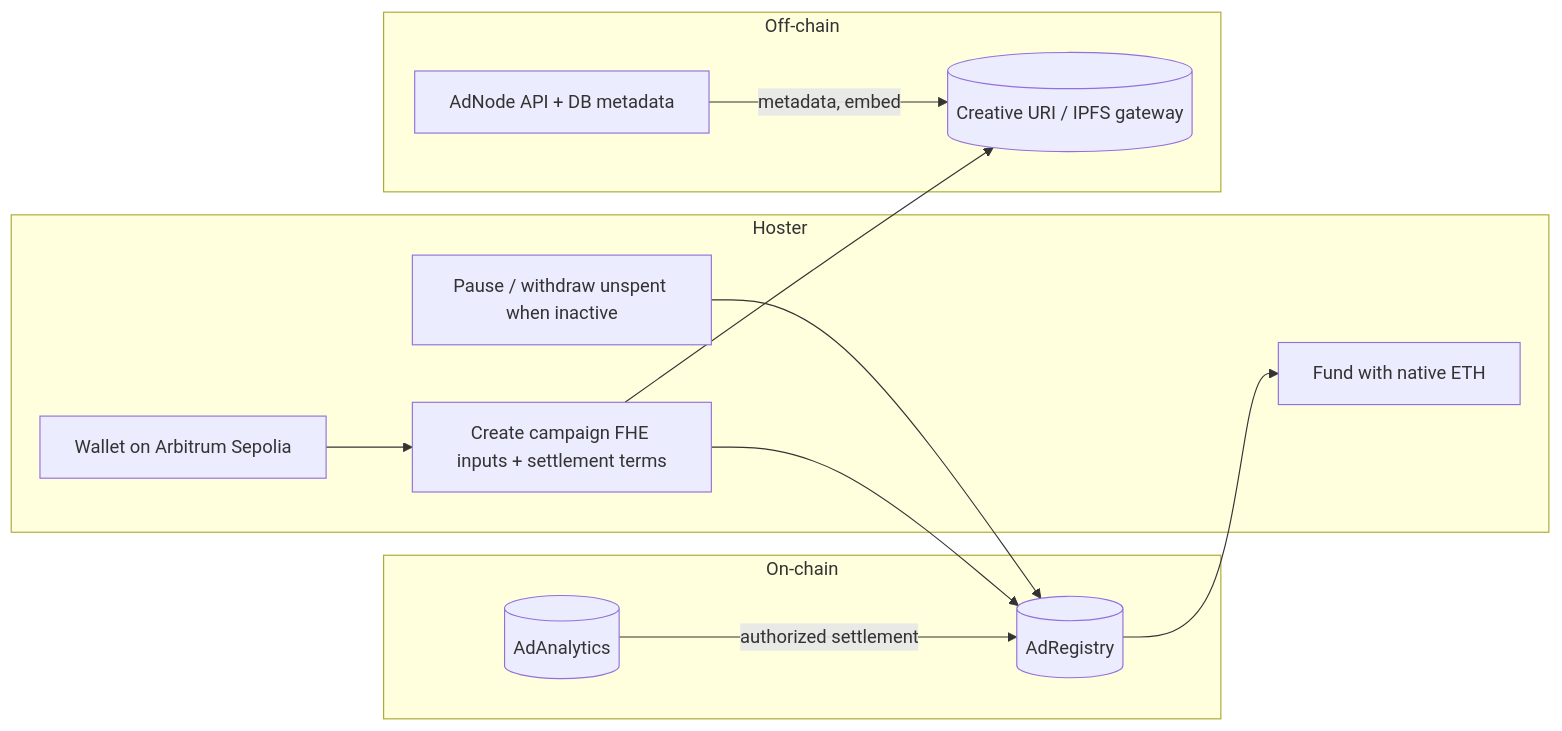
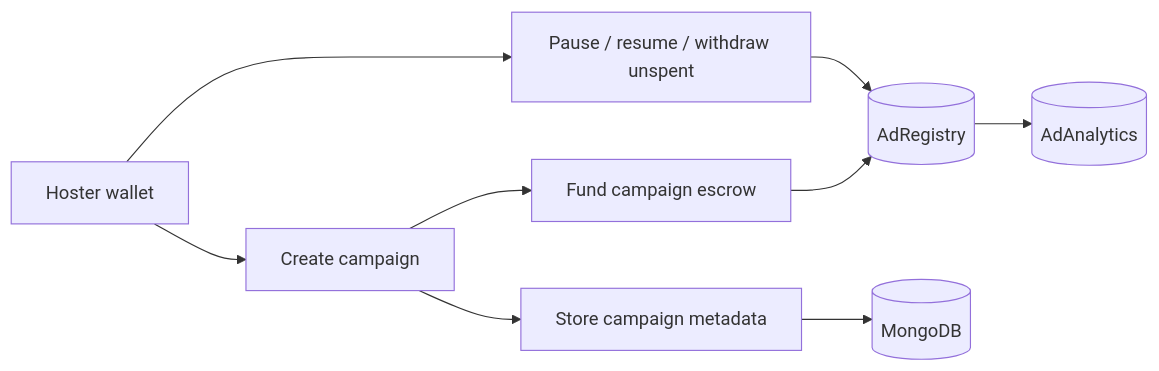
Before and after one commit to anikeaty08/adNod: the first of 3 diagrams in README.md, drawn with Mermaid. The commit also changed other lines of this file and 9 other files, not shown here.

````diff
--- a/README.md
+++ b/README.md
@@ -28,23 +31,11 @@
 ```mermaid
 flowchart LR
-  subgraph Hoster["Hoster"]
-    H1[Wallet on Arbitrum Sepolia]
-    H2[Create campaign FHE inputs + settlement terms]
-    H3[Fund with native ETH]
-    H4[Pause / withdraw unspent when inactive]
-  end
-  subgraph Chain["On-chain"]
-    AR[(AdRegistry)]
-    AA[(AdAnalytics)]
-  end
-  subgraph Offchain["Off-chain"]
-    API[AdNode API + DB metadata]
-    IPFS[(Creative URI / IPFS gateway)]
-  end
-  H1 --> H2 --> AR
-  H2 --> IPFS
-  AR --> H3
-  API -->|metadata, embed| IPFS
-  AA -->|authorized settlement| AR
-  H4 --> AR
+  H[Hoster wallet] --> C[Create campaign]
+  C --> F[Fund campaign escrow]
+  C --> M[Store campaign metadata]
+  F --> R[(AdRegistry)]
+  M --> DB[(MongoDB)]
+  R --> A[(AdAnalytics)]
+  H --> W[Pause / resume / withdraw unspent]
+  W --> R
 ```
````
